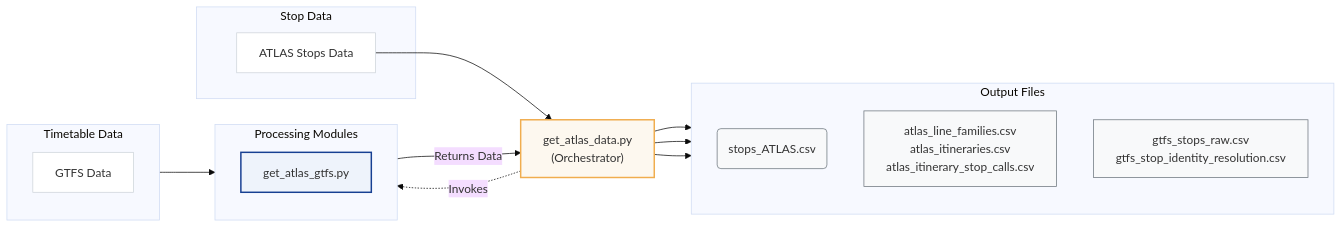
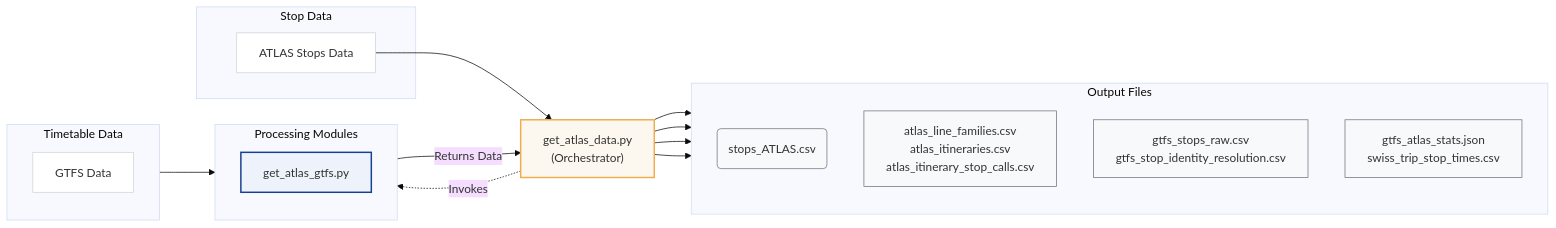
One commit to openTdataCH/stop_sync_osm_atlas changed the first of 2 diagrams in documentation/1. Download and process data.md. Above: the diagram before and after it, drawn with Mermaid (base theme). The commit also changed other lines of this file and 55 other files, not shown here.

````diff
--- a/documentation/1. Download and process data.md
+++ b/documentation/1. Download and process data.md
@@ -11,37 +21,39 @@
 ```mermaid
 flowchart LR
     classDef plain fill:#fff,stroke:#ced4da,stroke-width:1px;
     classDef script fill:#eef3fb,stroke:#174092,stroke-width:2px;
     classDef orch fill:#fdf8ef,stroke:#F0AD4E,stroke-width:2px;
     classDef file fill:#f8f9fa,stroke:#6c757d,stroke-width:1px;
 
     subgraph StopSrc ["Stop Data"]
         AT[ATLAS Stops Data]:::plain
     end
 
     subgraph TimeSrc ["Timetable Data"]
         direction TB
         GT[GTFS Data]:::plain
     end
 
     SA["get_atlas_data.py\n(Orchestrator)"]:::orch
 
     subgraph Modules ["Processing Modules"]
         direction TB
         SG[get_atlas_gtfs.py]:::script
     end
 
     subgraph Outputs ["Output Files"]
         direction TB
         PA(stops_ATLAS.csv):::file
         PR["atlas_line_families.csv<br/>atlas_itineraries.csv<br/>atlas_itinerary_stop_calls.csv"]:::file
         PG["gtfs_stops_raw.csv<br/>gtfs_stop_identity_resolution.csv"]:::file
+        PS["gtfs_atlas_stats.json<br/>swiss_trip_stop_times.csv"]:::file
     end
 
     AT --> SA --> PA
     GT --> SG
     SA -.->|Invokes| SG
     SG -->|Returns Data| SA
     SA --> PR
     SA --> PG
+    SA --> PS
 ```
````
